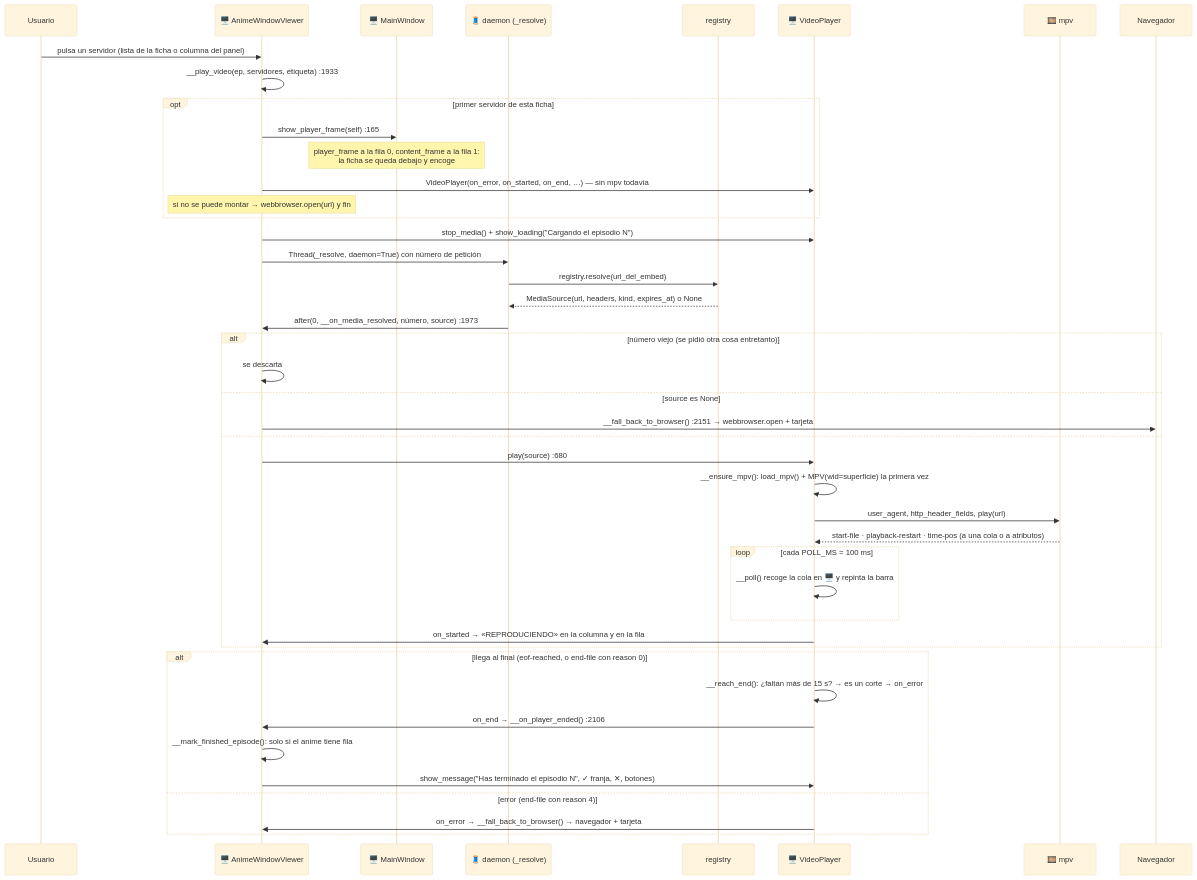
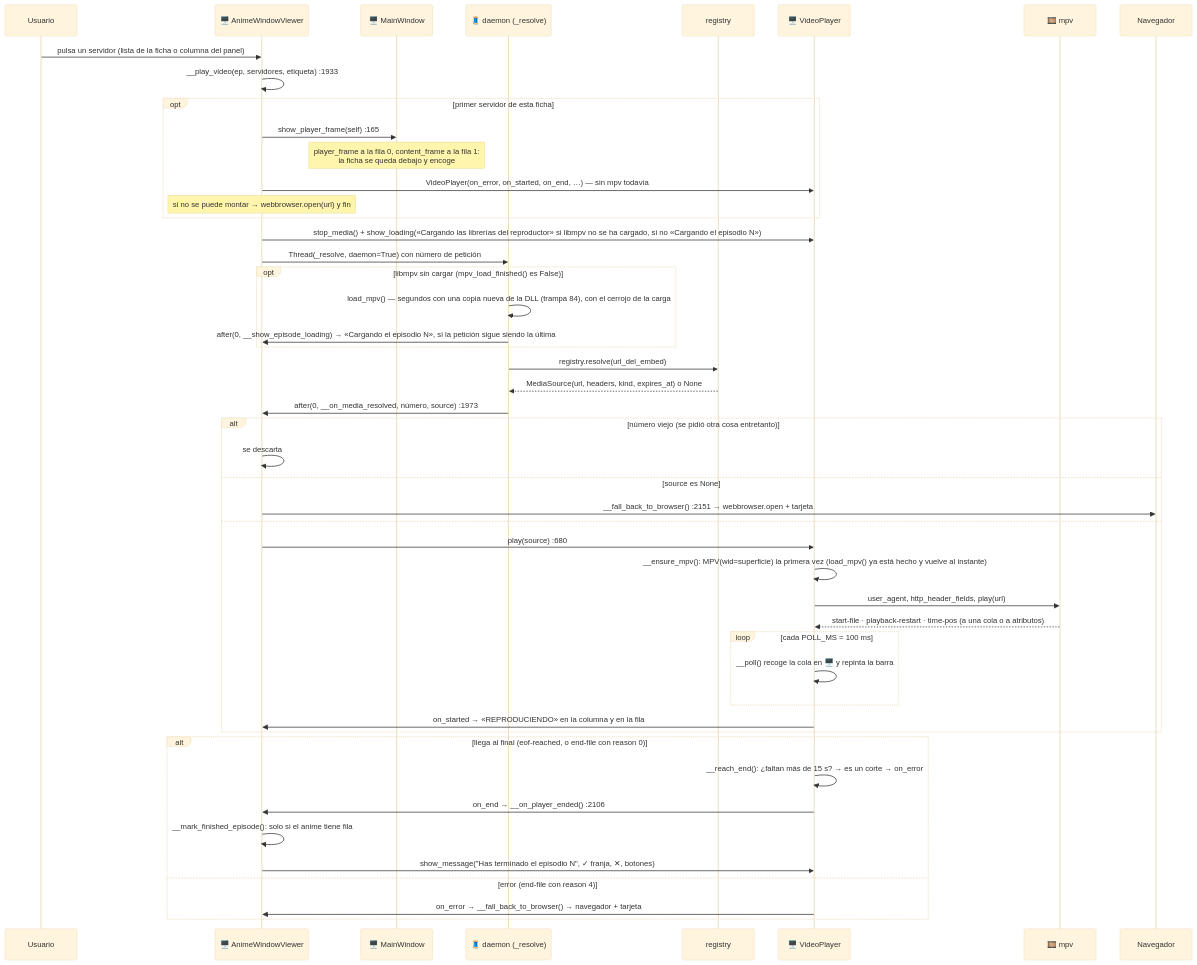
Before and after one commit to DavidEscri/BibliotecaAnime: diagram 15 of 20 in .claude/docs/03-flujos-de-ejecucion.md, drawn with Mermaid (base theme). The commit also changed other lines of this file and 8 other files, not shown here.

First line of the commit message:
Reproductor — Cargar libmpv ya no congela la ventana

````diff
--- a/.claude/docs/03-flujos-de-ejecucion.md
+++ b/.claude/docs/03-flujos-de-ejecucion.md
@@ -843,47 +843,51 @@
 ```mermaid
 sequenceDiagram
     participant U as Usuario
     participant AW as 🖥️ AnimeWindowViewer
     participant MW as 🖥️ MainWindow
     participant T as 🧵 daemon (_resolve)
     participant R as registry
     participant VP as 🖥️ VideoPlayer
     participant M as 🎞️ mpv
     participant BR as Navegador
 
     U->>AW: pulsa un servidor (lista de la ficha o columna del panel)
     AW->>AW: __play_video(ep, servidores, etiqueta) :1933
     opt primer servidor de esta ficha
         AW->>MW: show_player_frame(self) :165
         Note over MW: player_frame a la fila 0, content_frame a la fila 1:<br/>la ficha se queda debajo y encoge
         AW->>VP: VideoPlayer(on_error, on_started, on_end, …) — sin mpv todavía
         Note over AW: si no se puede montar → webbrowser.open(url) y fin
     end
-    AW->>VP: stop_media() + show_loading("Cargando el episodio N")
+    AW->>VP: stop_media() + show_loading(«Cargando las librerías del reproductor» si libmpv no se ha cargado, si no «Cargando el episodio N»)
     AW->>T: Thread(_resolve, daemon=True) con número de petición
+    opt libmpv sin cargar (mpv_load_finished() es False)
+        T->>T: load_mpv() — segundos con una copia nueva de la DLL (trampa 84), con el cerrojo de la carga
+        T->>AW: after(0, __show_episode_loading) → «Cargando el episodio N», si la petición sigue siendo la última
+    end
     T->>R: registry.resolve(url_del_embed)
     R-->>T: MediaSource(url, headers, kind, expires_at) o None
     T->>AW: after(0, __on_media_resolved, número, source) :1973
     alt número viejo (se pidió otra cosa entretanto)
         AW->>AW: se descarta
     else source es None
         AW->>BR: __fall_back_to_browser() :2151 → webbrowser.open + tarjeta
     else
         AW->>VP: play(source) :680
-        VP->>VP: __ensure_mpv(): load_mpv() + MPV(wid=superficie) la primera vez
+        VP->>VP: __ensure_mpv(): MPV(wid=superficie) la primera vez (load_mpv() ya está hecho y vuelve al instante)
         VP->>M: user_agent, http_header_fields, play(url)
         M-->>VP: start-file · playback-restart · time-pos (a una cola o a atributos)
         loop cada POLL_MS = 100 ms
             VP->>VP: __poll() recoge la cola en 🖥️ y repinta la barra
         end
         VP->>AW: on_started → «REPRODUCIENDO» en la columna y en la fila
     end
     alt llega al final (eof-reached, o end-file con reason 0)
         VP->>VP: __reach_end(): ¿faltan más de 15 s? → es un corte → on_error
         VP->>AW: on_end → __on_player_ended() :2106
         AW->>AW: __mark_finished_episode(): solo si el anime tiene fila
         AW->>VP: show_message("Has terminado el episodio N", ✓ franja, ✕, botones)
     else error (end-file con reason 4)
         VP->>AW: on_error → __fall_back_to_browser() → navegador + tarjeta
     end
 ```
````
